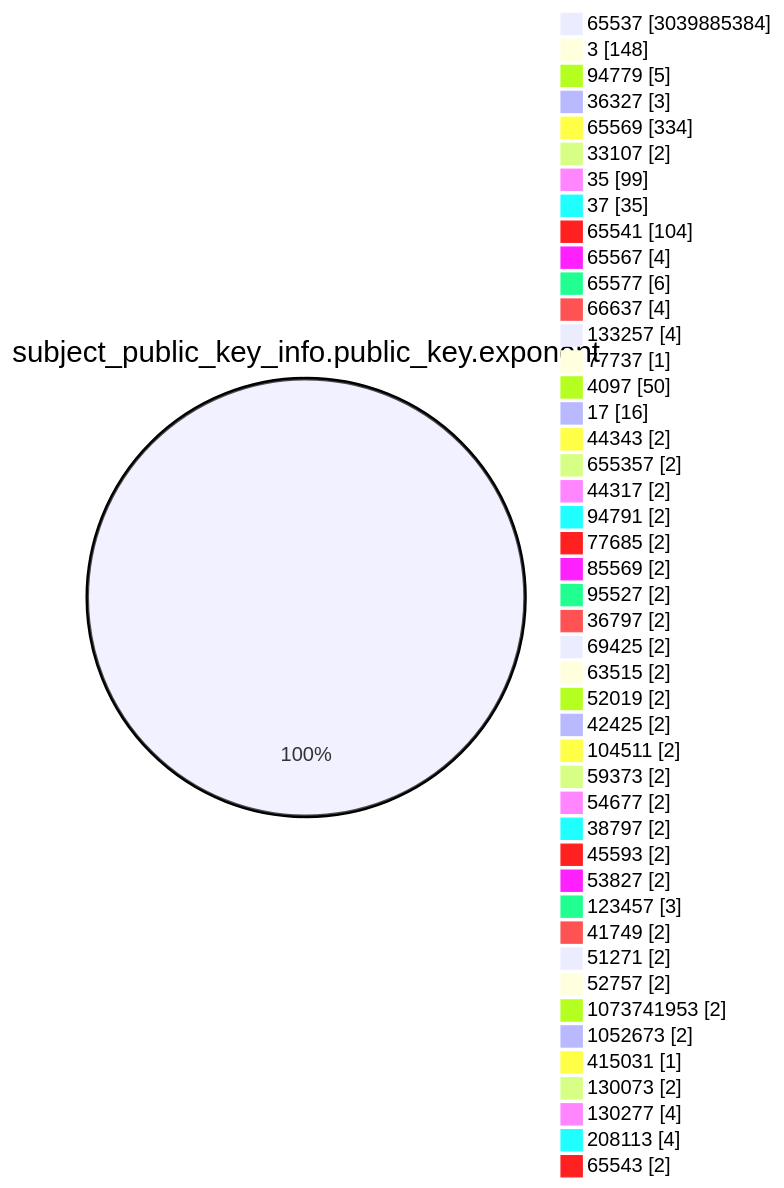
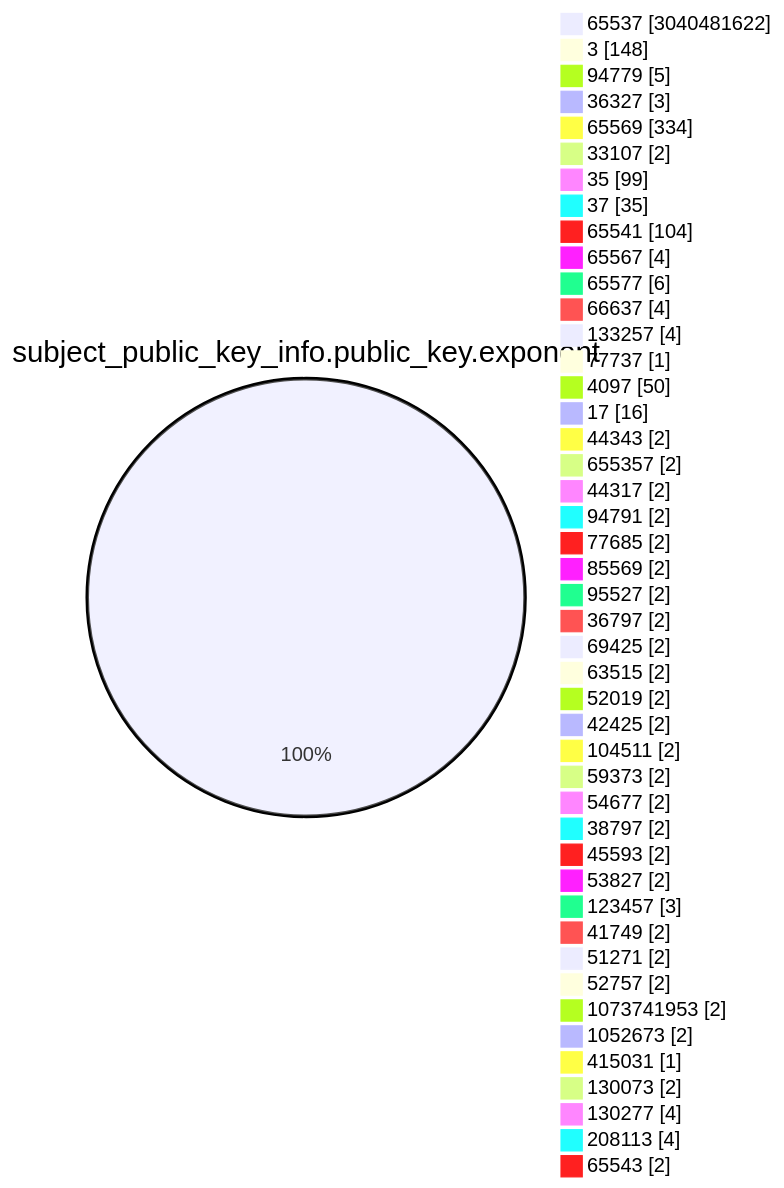
The fourth of 15 diagrams in TOTAL/README.md (christiankrug/ctmonitor_visualization), drawn with Mermaid before and after one commit. The commit also changed other lines of this file, not shown here.

````diff
--- a/TOTAL/README.md
+++ b/TOTAL/README.md
@@ -1473,49 +1473,49 @@
 ```mermaid
 pie showData
 title subject_public_key_info.public_key.exponent
-"65537" :3039885384
+"65537" :3040481622
 "3" :148
 "94779" :5
 "36327" :3
 "65569" :334
 "33107" :2
 "35" :99
 "37" :35
 "65541" :104
 "65567" :4
 "65577" :6
 "66637" :4
 "133257" :4
 "77737" :1
 "4097" :50
 "17" :16
 "44343" :2
 "655357" :2
 "44317" :2
 "94791" :2
 "77685" :2
 "85569" :2
 "95527" :2
 "36797" :2
 "69425" :2
 "63515" :2
 "52019" :2
 "42425" :2
 "104511" :2
 "59373" :2
 "54677" :2
 "38797" :2
 "45593" :2
 "53827" :2
 "123457" :3
 "41749" :2
 "51271" :2
 "52757" :2
 "1073741953" :2
 "1052673" :2
 "415031" :1
 "130073" :2
 "130277" :4
 "208113" :4
 "65543" :2
 ```
````
